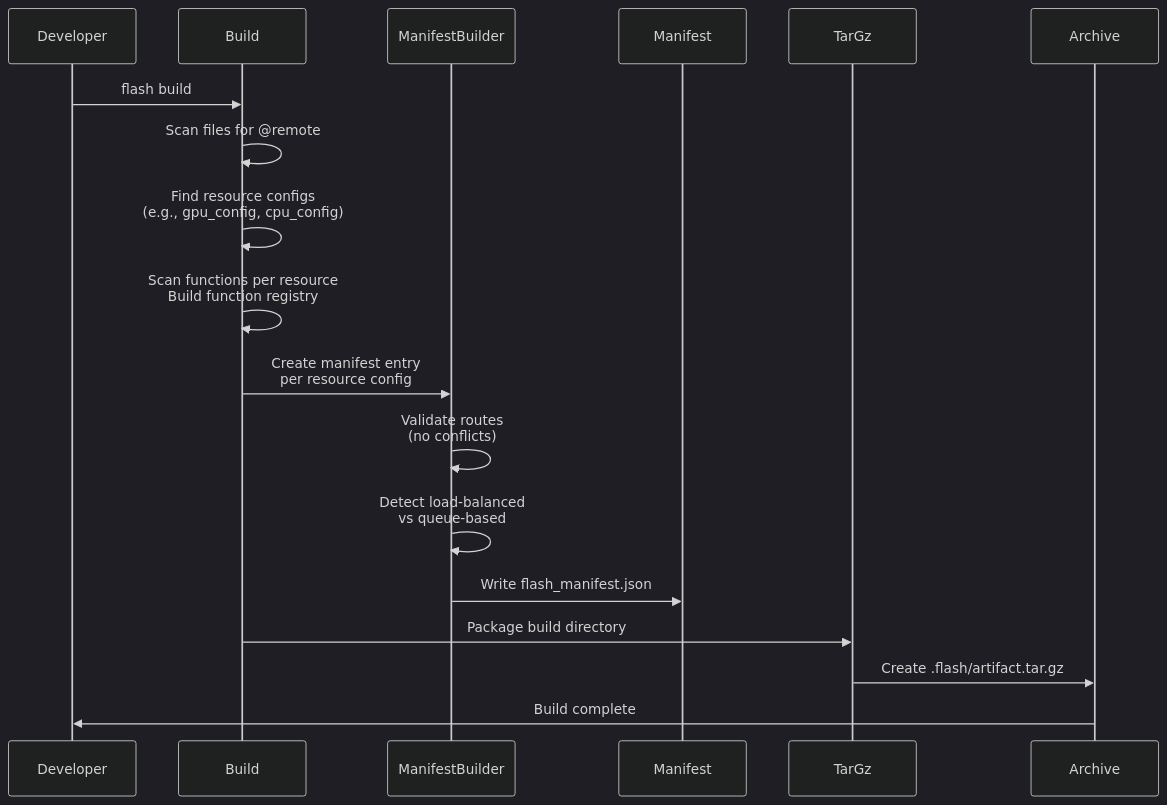
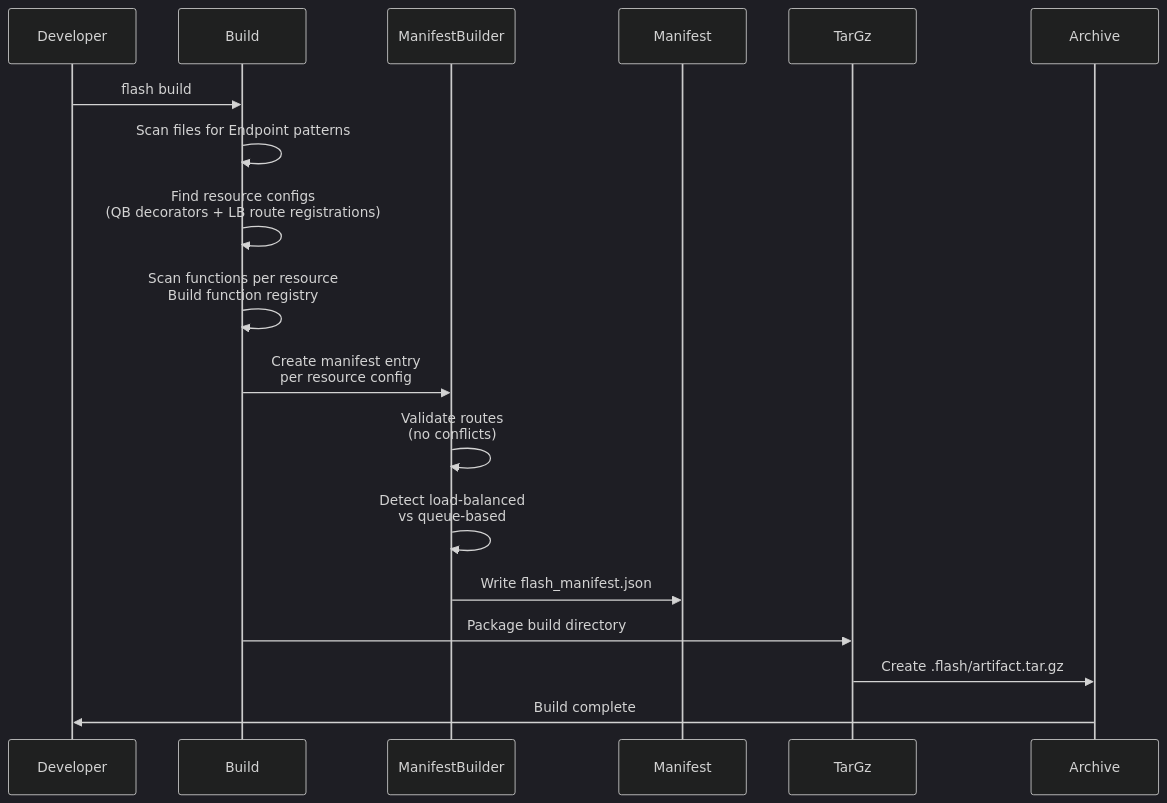
Before and after one commit to runpod/flash: the second of 8 diagrams in docs/Flash_Deploy_Guide.md, drawn with Mermaid (dark theme). The commit also changed other lines of this file and 8 other files, not shown here.

````diff
--- a/docs/Flash_Deploy_Guide.md
+++ b/docs/Flash_Deploy_Guide.md
@@ -226,14 +226,14 @@
 ```mermaid
 sequenceDiagram
     Developer->>Build: flash build
-    Build->>Build: Scan files for @remote
-    Build->>Build: Find resource configs<br/>(e.g., gpu_config, cpu_config)
+    Build->>Build: Scan files for Endpoint patterns
+    Build->>Build: Find resource configs<br/>(QB decorators + LB route registrations)
     Build->>Build: Scan functions per resource<br/>Build function registry
     Build->>ManifestBuilder: Create manifest entry<br/>per resource config
     ManifestBuilder->>ManifestBuilder: Validate routes<br/>(no conflicts)
     ManifestBuilder->>ManifestBuilder: Detect load-balanced<br/>vs queue-based
     ManifestBuilder->>Manifest: Write flash_manifest.json
     Build->>TarGz: Package build directory
     TarGz->>Archive: Create .flash/artifact.tar.gz
     Archive->>Developer: Build complete
 ```
````
